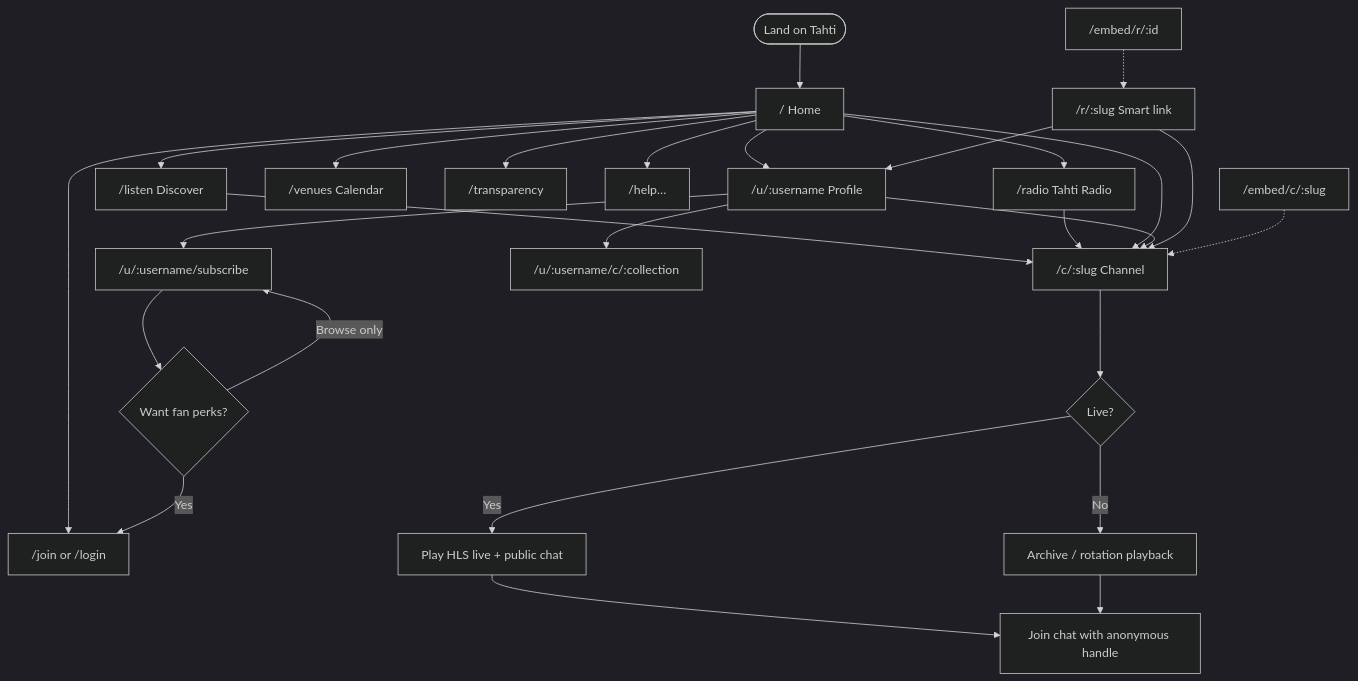
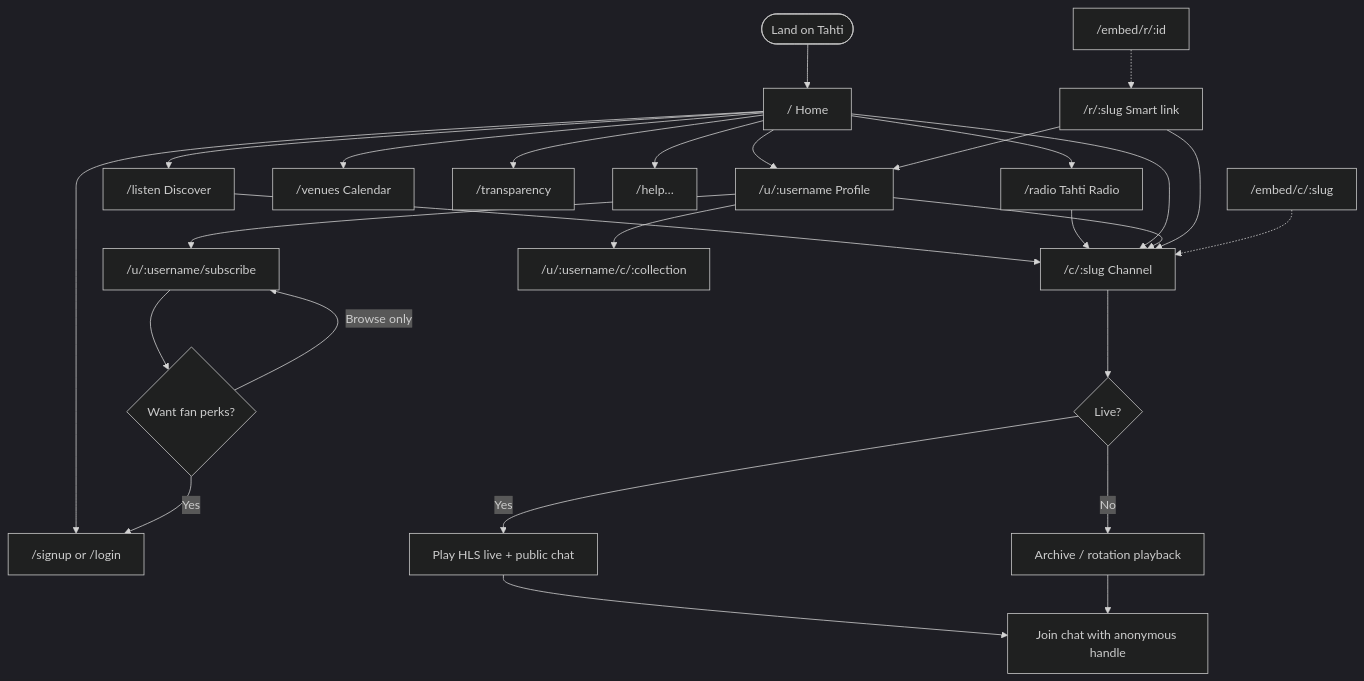
The diagram in docs/flows/anonymous-listener.md (janiluuk/tahti-org), drawn with Mermaid (dark theme) before and after one commit. The commit also changed other lines of this file and 24 other files, not shown here.

````diff
--- a/docs/flows/anonymous-listener.md
+++ b/docs/flows/anonymous-listener.md
@@ -19,33 +19,33 @@
 ```mermaid
 flowchart TD
   A([Land on Tahti]) --> H["/ Home"]
   H --> L["/listen Discover"]
   H --> R["/radio Tahti Radio"]
   H --> V["/venues Calendar"]
   H --> T["/transparency"]
   H --> Help["/help…"]
-  H --> Auth["/join or /login"]
+  H --> Auth["/signup or /login"]
 
   L --> C["/c/:slug Channel"]
   R --> C
   H --> C
   H --> P["/u/:username Profile"]
   P --> C
   P --> S["/u/:username/subscribe"]
   P --> Coll["/u/:username/c/:collection"]
   Smart["/r/:slug Smart link"] --> P
   Smart --> C
 
   C --> Play{Live?}
   Play -->|Yes| Live[Play HLS live + public chat]
   Play -->|No| Arch[Archive / rotation playback]
   Live --> Chat[Join chat with anonymous handle]
   Arch --> Chat
 
   S --> Gate{Want fan perks?}
   Gate -->|Yes| Auth
   Gate -->|Browse only| S
 
   EmbedC["/embed/c/:slug"] -.-> C
   EmbedR["/embed/r/:id"] -.-> Smart
 ```
````
